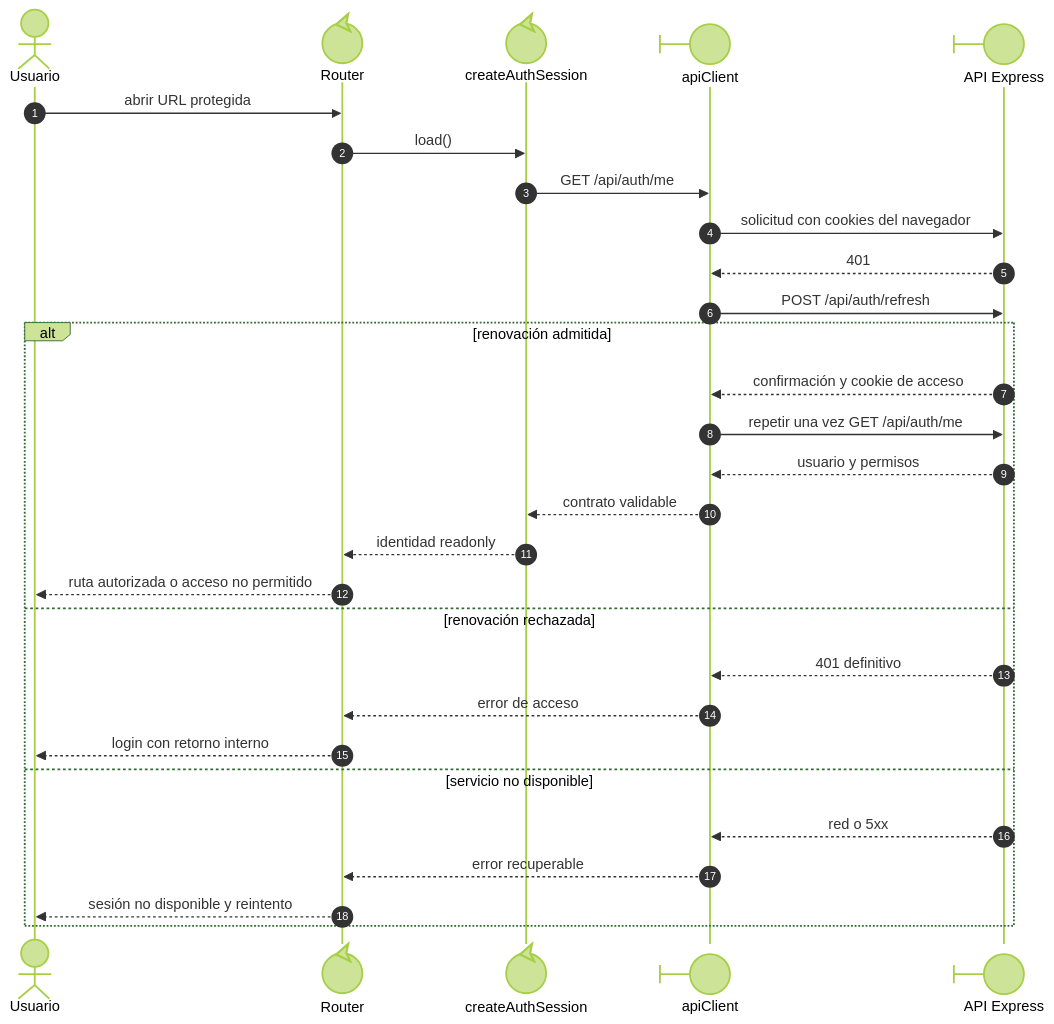
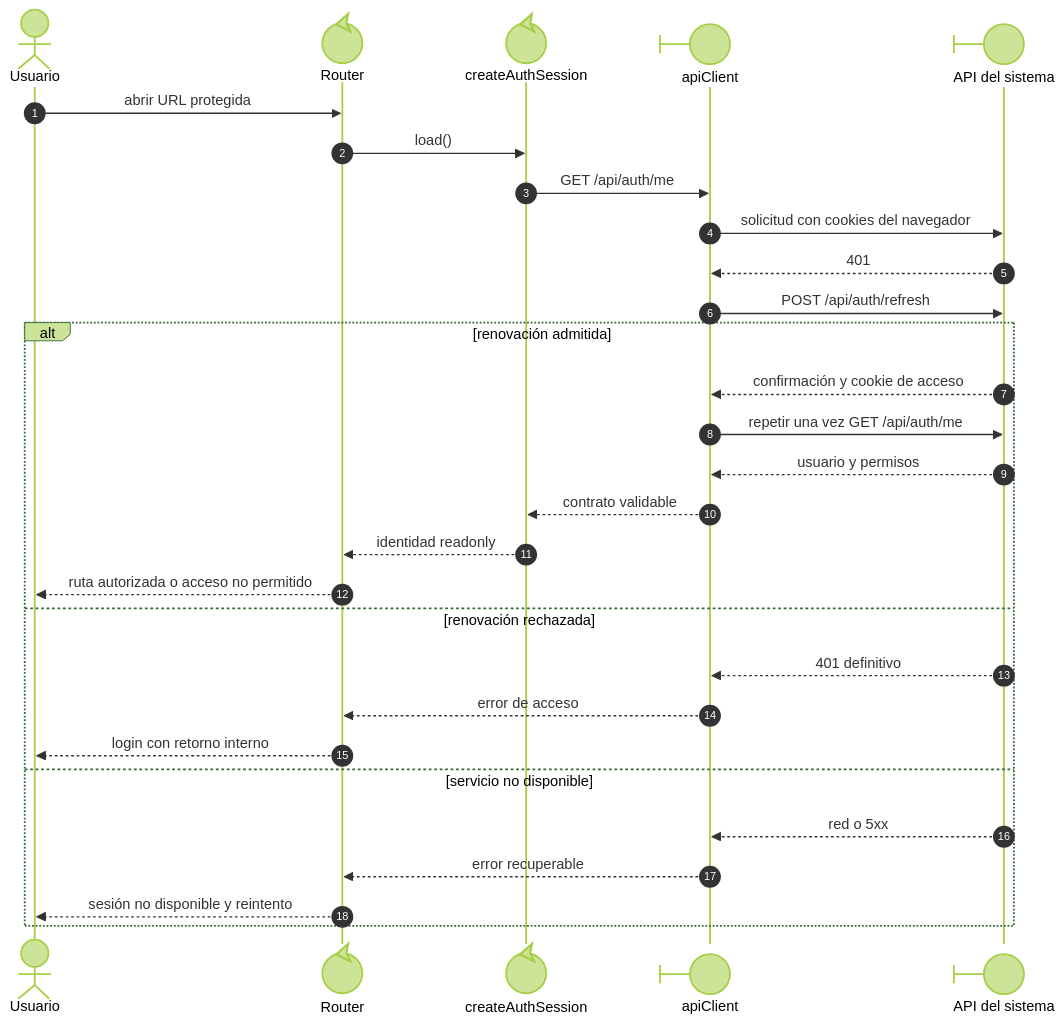
One commit to gpgsistemas01/nexus changed the diagram in front/docs/architecture/views/processes/01-session/01-bootstrap-and-session.md. Above: the diagram before and after it, drawn with Mermaid (forest theme). The commit also changed 37 other files, not shown here.

Commit message:
docs: depurar diagramas y conservar contratos propios del frontend

````diff
--- a/front/docs/architecture/views/processes/01-session/01-bootstrap-and-session.md
+++ b/front/docs/architecture/views/processes/01-session/01-bootstrap-and-session.md
@@ -19,31 +19,31 @@
 ```mermaid
 sequenceDiagram
     autonumber
     actor Usuario
     participant Router@{ "type": "control" } as Router
     participant Sesion@{ "type": "control" } as createAuthSession
     participant HTTP@{ "type": "boundary" } as apiClient
-    participant API@{ "type": "boundary" } as API Express
+    participant API@{ "type": "boundary" } as API del sistema
     Usuario->>Router: abrir URL protegida
     Router->>Sesion: load()
     Sesion->>HTTP: GET /api/auth/me
     HTTP->>API: solicitud con cookies del navegador
     API-->>HTTP: 401
     HTTP->>API: POST /api/auth/refresh
     alt renovación admitida
         API-->>HTTP: confirmación y cookie de acceso
         HTTP->>API: repetir una vez GET /api/auth/me
         API-->>HTTP: usuario y permisos
         HTTP-->>Sesion: contrato validable
         Sesion-->>Router: identidad readonly
         Router-->>Usuario: ruta autorizada o acceso no permitido
     else renovación rechazada
         API-->>HTTP: 401 definitivo
         HTTP-->>Router: error de acceso
         Router-->>Usuario: login con retorno interno
     else servicio no disponible
         API-->>HTTP: red o 5xx
         HTTP-->>Router: error recuperable
         Router-->>Usuario: sesión no disponible y reintento
     end
 ```
````
